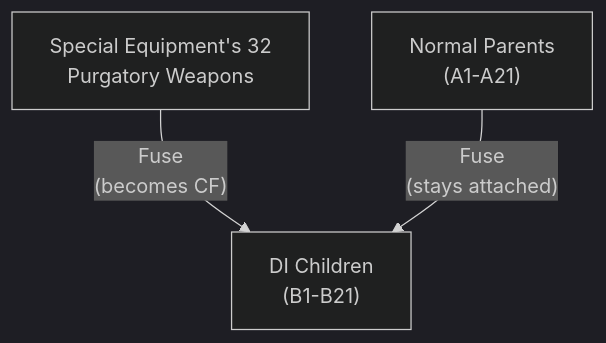
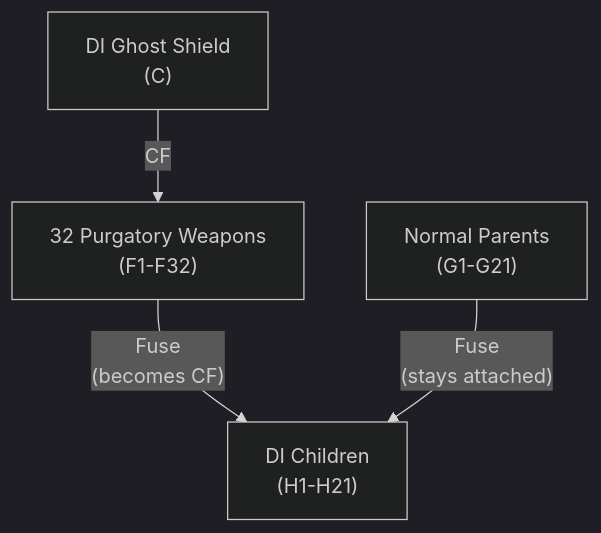
One commit to BKMzero/ultrabroken-documentation changed the fourth of 9 diagrams in docs/wiki/_wip/sfo-nesting-test.md. Above: the diagram before and after it, drawn with Mermaid (dark theme). The commit also changed other lines of this file, not shown here.

````diff
--- a/docs/wiki/_wip/sfo-nesting-test.md
+++ b/docs/wiki/_wip/sfo-nesting-test.md
@@ -349,9 +434,11 @@
         ```mermaid
         graph TD
-            SPECIAL["Special Equipment's 32<br/>Purgatory Weapons"]
-            PARENTS["Normal Parents<br/>(A1-A21)"]
-            CHILDREN["DI Children<br/>(B1-B21)"]
+            C["DI Ghost Shield<br/>(C)"]
+            F["32 Purgatory Weapons<br/>(F1-F32)"]
+            PARENTS["Normal Parents<br/>(G1-G21)"]
+            CHILDREN["DI Children<br/>(H1-H21)"]
 
-            SPECIAL -->|"Fuse<br/>(becomes CF)"| CHILDREN
+            C -->|CF| F
+            F -->|"Fuse<br/>(becomes CF)"| CHILDREN
             PARENTS -->|"Fuse<br/>(stays attached)"| CHILDREN
         ```
````
